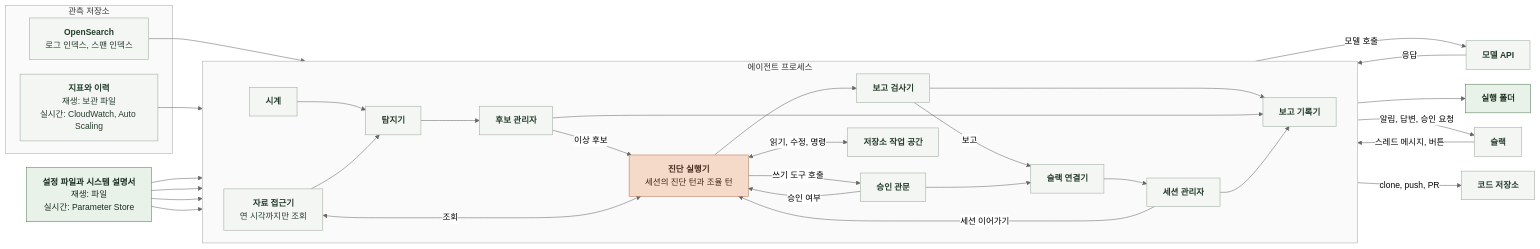
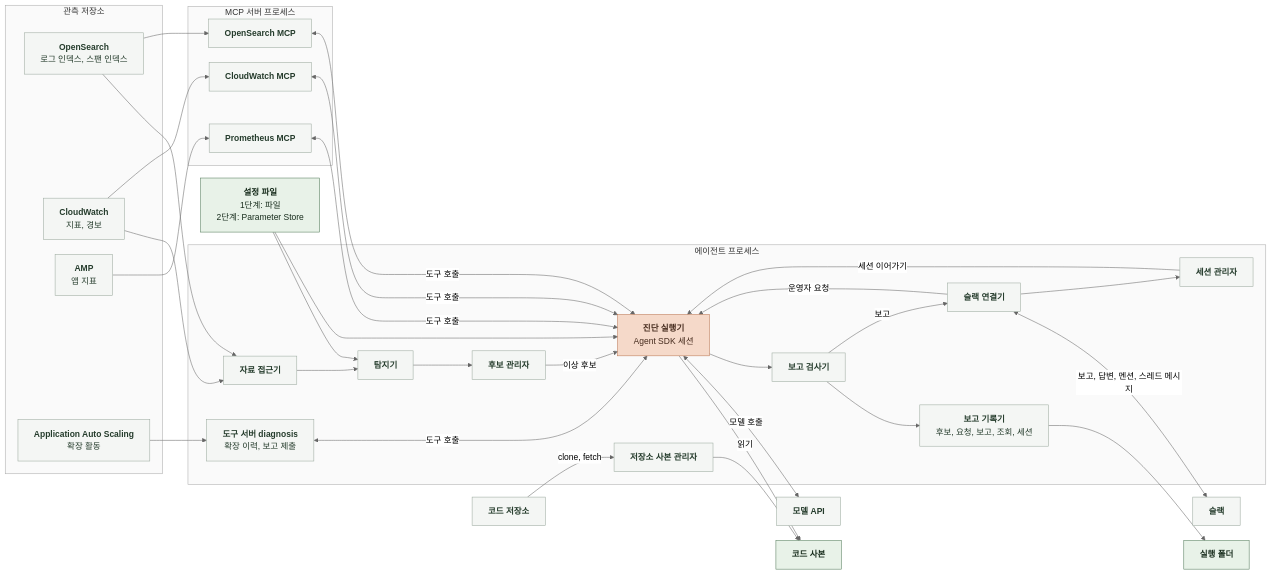
Before and after one commit to KIM-N-KANG/knk-harness: the diagram in docs/domain/OBSERVABILITY/AI/4-2-DESIGN-SOFTWARE-ARCHITECTURE.md, drawn with Mermaid (neutral theme). The commit also changed other lines of this file and 18 other files, not shown here.

````diff
--- a/docs/domain/OBSERVABILITY/AI/4-2-DESIGN-SOFTWARE-ARCHITECTURE.md
+++ b/docs/domain/OBSERVABILITY/AI/4-2-DESIGN-SOFTWARE-ARCHITECTURE.md
@@ -11,70 +11,78 @@
 ```mermaid
-%%{init: {"flowchart": {"curve": "basis", "nodeSpacing": 28, "rankSpacing": 56}}}%%
+%%{init: {"flowchart": {"curve": "basis", "nodeSpacing": 28, "rankSpacing": 48}}}%%
 flowchart LR
     subgraph EXT["관측 저장소"]
         OS["`**OpenSearch**
 로그 인덱스, 스팬 인덱스`"]
-        MT["`**지표와 이력**
-재생: 보관 파일
-실시간: CloudWatch, Auto Scaling`"]
+        CW["`**CloudWatch**
+지표, 경보`"]
+        AMP["`**AMP**
+앱 지표`"]
+        AS["`**Application Auto Scaling**
+확장 활동`"]
     end
-    SD["`**설정 파일과 시스템 설명서**
-재생: 파일
-실시간: Parameter Store`"]
+    GH["`**코드 저장소**`"]
+    CFG["`**설정 파일**
+1단계: 파일
+2단계: Parameter Store`"]
+    subgraph MCP["MCP 서버 프로세스"]
+        MO["`**OpenSearch MCP**`"]
+        MC["`**CloudWatch MCP**`"]
+        MP["`**Prometheus MCP**`"]
+    end
     subgraph PROC["에이전트 프로세스"]
-        direction LR
-        DA["`**자료 접근기**
-연 시각까지만 조회`"]
-        CK["`**시계**`"]
+        DA["`**자료 접근기**`"]
         DT["`**탐지기**`"]
         CM["`**후보 관리자**`"]
+        IN["`**도구 서버 diagnosis**
+확장 이력, 보고 제출`"]
+        RS["`**저장소 사본 관리자**`"]
         DX["`**진단 실행기**
-세션의 진단 턴과 조율 턴`"]
+Agent SDK 세션`"]
         RC["`**보고 검사기**`"]
-        AG["`**승인 관문**`"]
+        SC["`**슬랙 연결기**`"]
         SM["`**세션 관리자**`"]
-        SC["`**슬랙 연결기**`"]
-        WS["`**저장소 작업 공간**`"]
-        RW["`**보고 기록기**`"]
+        RW["`**보고 기록기**
+후보, 요청, 보고, 조회, 세션`"]
     end
-    RF["`**실행 폴더**`"]
+    CC["`**코드 사본**`"]
     LLM["`**모델 API**`"]
     SL["`**슬랙**`"]
-    GH["`**코드 저장소**`"]
+    RF["`**실행 폴더**`"]
     OS --> DA
-    MT --> DA
-    CK --> DT
+    CW --> DA
+    CFG --> DT
     DA --> DT
-    SD --> DT
-    SD --> DA
     DT --> CM
     CM -->|"`이상 후보`"| DX
-    DA <-->|"`조회`"| DX
-    SD --> DX
-    DX -->|"`모델 호출`"| LLM
-    LLM -->|"`응답`"| DX
+    OS --> MO
+    CW --> MC
+    AMP --> MP
+    AS --> IN
+    MO <-->|"`도구 호출`"| DX
+    MC <-->|"`도구 호출`"| DX
+    MP <-->|"`도구 호출`"| DX
+    IN <-->|"`도구 호출`"| DX
+    GH -->|"`clone, fetch`"| RS
+    RS --> CC
+    DX -->|"`읽기`"| CC
+    CFG --> DX
+    DX <-->|"`모델 호출`"| LLM
     DX --> RC
     RC --> RW
-    CM --> RW
-    SM --> RW
     RW --> RF
     RC -->|"`보고`"| SC
-    SC -->|"`알림, 답변, 승인 요청`"| SL
-    SL -->|"`스레드 메시지, 버튼`"| SC
+    SC <-->|"`보고, 답변, 멘션, 스레드 메시지`"| SL
+    SC -->|"`운영자 요청`"| DX
     SC --> SM
     SM -->|"`세션 이어가기`"| DX
-    DX -->|"`쓰기 도구 호출`"| AG
-    AG -->|"`승인 여부`"| DX
-    AG --> SC
-    DX <-->|"`읽기, 수정, 명령`"| WS
-    SD --> WS
-    WS -->|"`clone, push, PR`"| GH
     classDef data fill:#E8F2E8,stroke:#527A59,color:#182D1D
     classDef model fill:#F5D9C9,stroke:#B97450,color:#452B1D
     classDef code fill:#F4F6F4,stroke:#9BA99E,color:#253C2C
-    class SD,RF data
+    class CFG,RF,CC data
     class DX model
-    class CK,DA,DT,CM,RC,RW,AG,SM,SC,WS,OS,MT,LLM,SL,GH code
+    class DA,DT,CM,IN,RC,SM,SC,RS,RW,MO,MC,MP,OS,CW,AMP,AS,LLM,SL,GH code
     style EXT fill:#FAFAFA,stroke:#AAAAAA
     style PROC fill:#FAFAFA,stroke:#AAAAAA
+    style MCP fill:#FAFAFA,stroke:#AAAAAA
 ```
````
